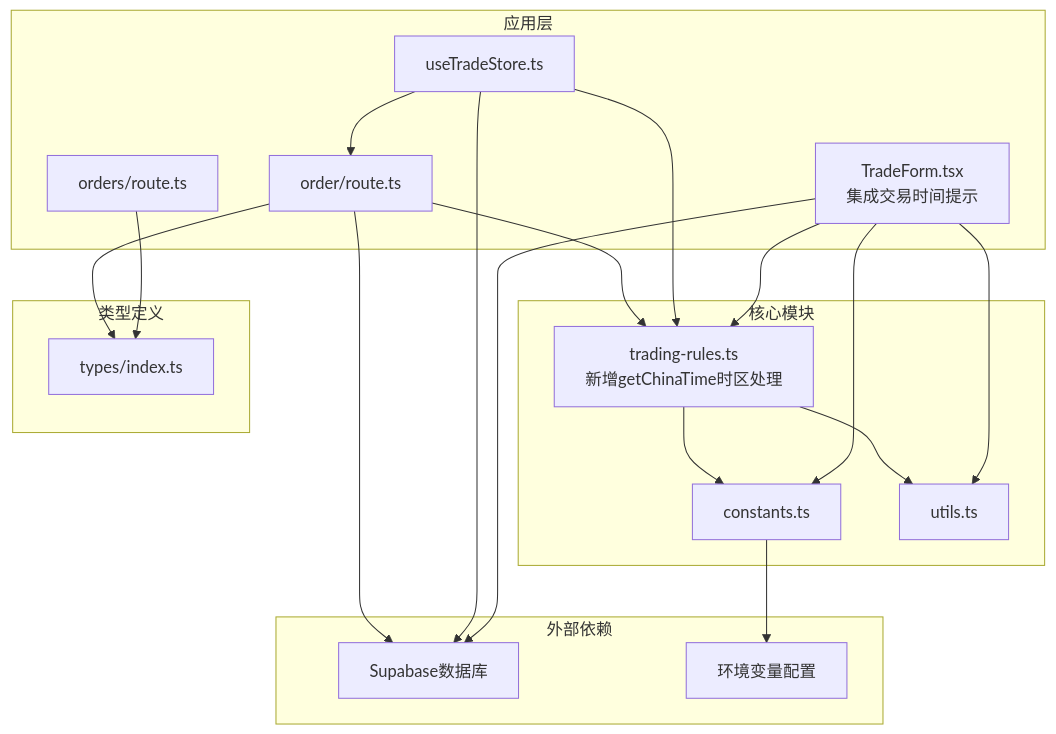
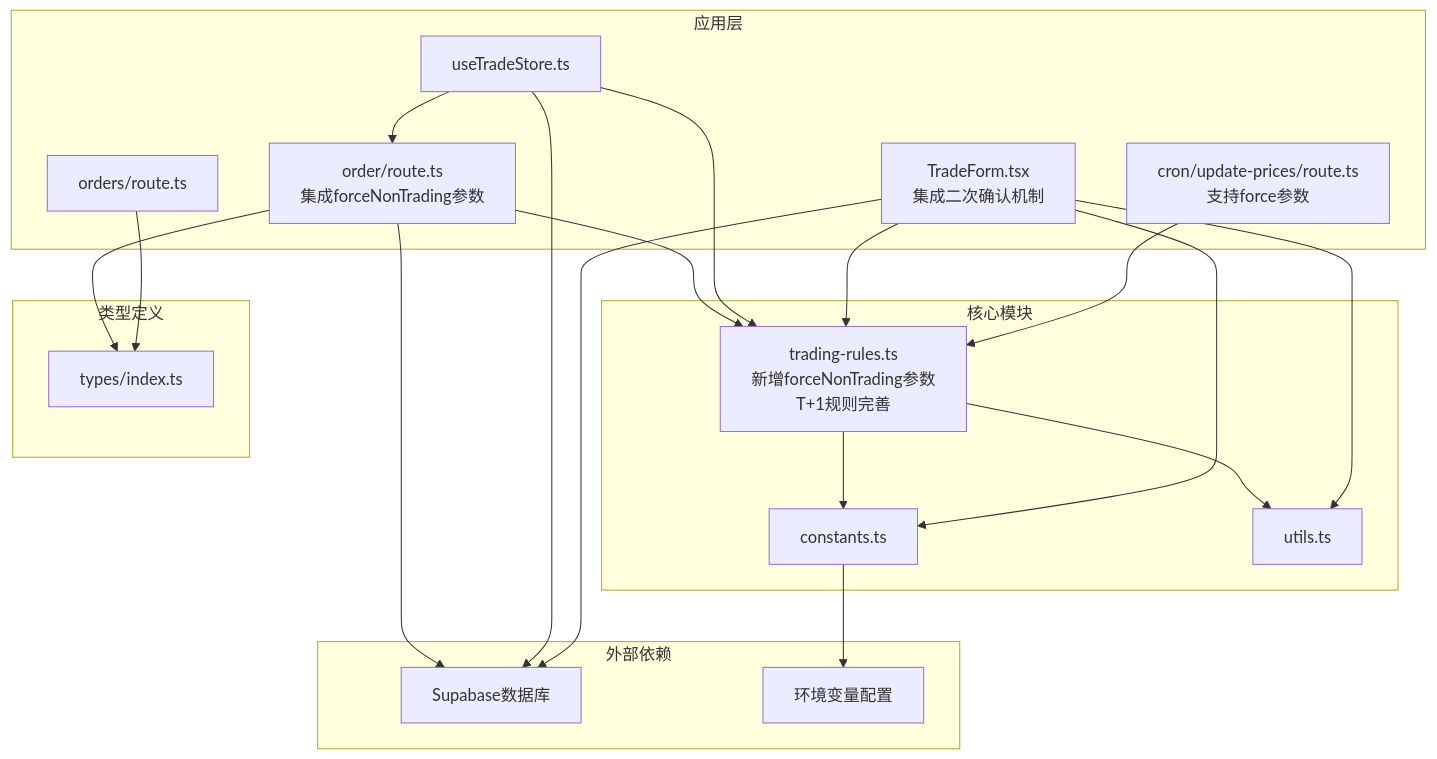
Before and after one commit to javalittleman1/virtual-stock-trading: diagram 20 of 20 in .qoder/repowiki/zh/content/交易系统/交易规则引擎.md, drawn with Mermaid. The commit also changed other lines of this file and 6 other files, not shown here.

````diff
--- a/.qoder/repowiki/zh/content/交易系统/交易规则引擎.md
+++ b/.qoder/repowiki/zh/content/交易系统/交易规则引擎.md
@@ -441,35 +632,37 @@
 ```mermaid
 graph TB
 subgraph "外部依赖"
 SUP["Supabase数据库"]
 ENV["环境变量配置"]
 end
 subgraph "核心模块"
-TR["trading-rules.ts<br/>新增getChinaTime时区处理"]
+TR["trading-rules.ts<br/>新增forceNonTrading参数<br/>T+1规则完善"]
 CT["constants.ts"]
 UT["utils.ts"]
 end
 subgraph "应用层"
-OR["order/route.ts"]
+OR["order/route.ts<br/>集成forceNonTrading参数"]
 LR["orders/route.ts"]
+CR["cron/update-prices/route.ts<br/>支持force参数"]
 TS["useTradeStore.ts"]
-TF["TradeForm.tsx<br/>集成交易时间提示"]
+TF["TradeForm.tsx<br/>集成二次确认机制"]
 end
 subgraph "类型定义"
 TY["types/index.ts"]
 end
 TR --> CT
 TR --> UT
 OR --> TR
 OR --> TY
 LR --> TY
 TS --> TR
 TS --> OR
 TF --> TR
 TF --> CT
 TF --> UT
 OR --> SUP
 TS --> SUP
 TF --> SUP
+CR --> TR
 CT --> ENV
 ```
````
